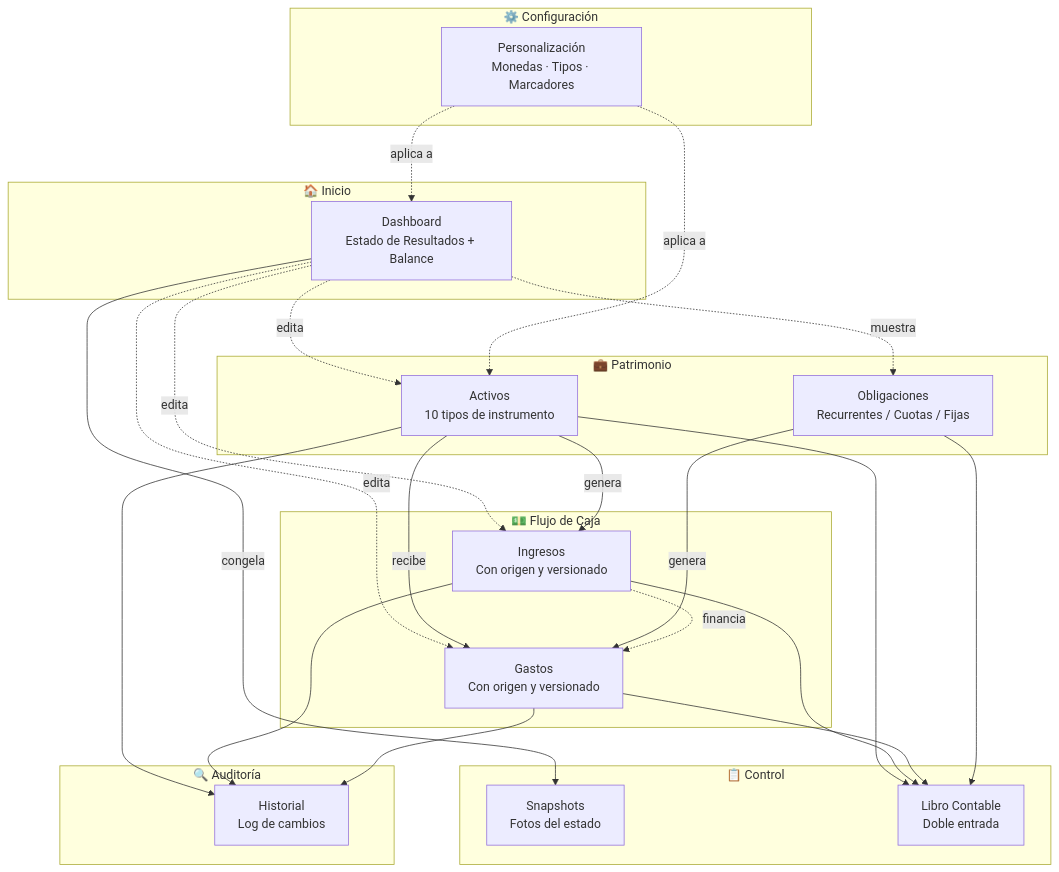
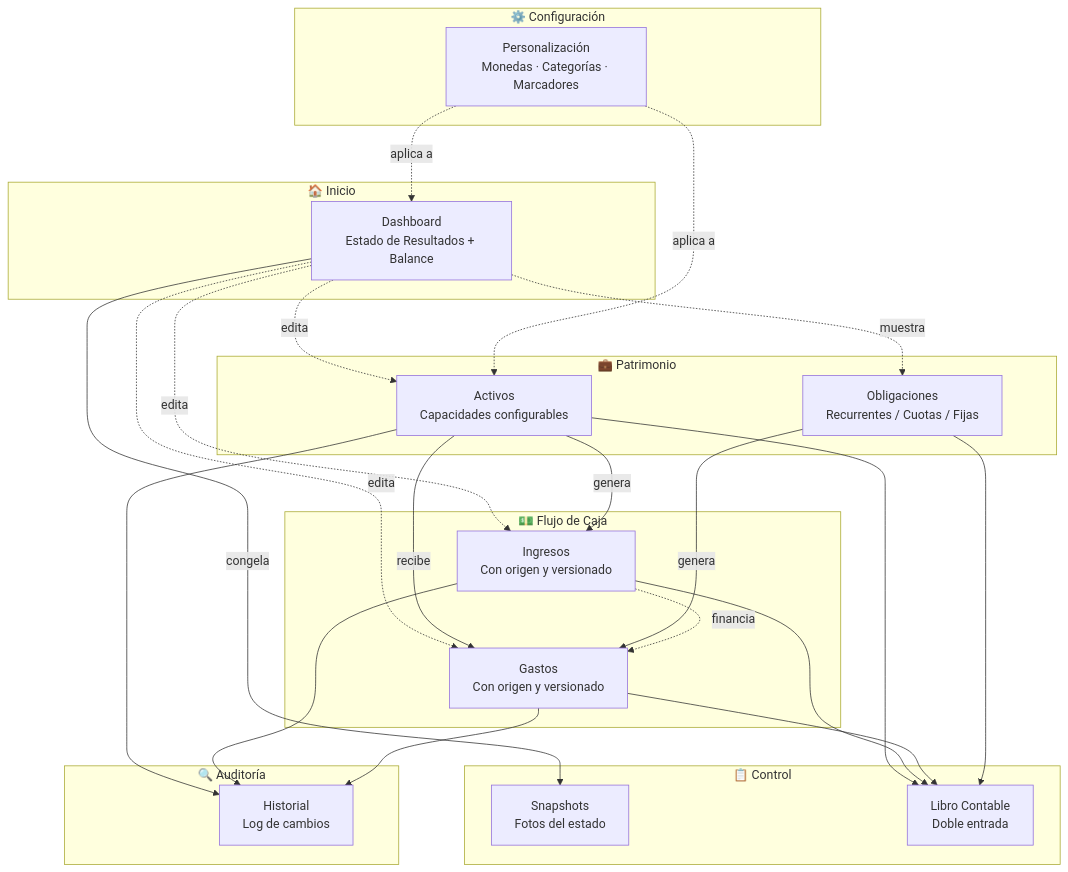
Before and after one commit to AbelAngelOk/DashboardCashFlow: the first of 18 diagrams in docs/10-Producto.md, drawn with Mermaid. The commit also changed other lines of this file and 49 other files, not shown here.

````diff
--- a/docs/10-Producto.md
+++ b/docs/10-Producto.md
@@ -57,52 +57,52 @@
 ```mermaid
 flowchart TB
     subgraph INICIO["🏠 Inicio"]
         DASH["Dashboard<br/>Estado de Resultados + Balance"]
     end
 
     subgraph PAT["💼 Patrimonio"]
-        ACT["Activos<br/>10 tipos de instrumento"]
+        ACT["Activos<br/>Capacidades configurables"]
         OBL["Obligaciones<br/>Recurrentes / Cuotas / Fijas"]
     end
 
     subgraph FLUJO["💵 Flujo de Caja"]
         ING["Ingresos<br/>Con origen y versionado"]
         GAS["Gastos<br/>Con origen y versionado"]
     end
 
     subgraph CTRL["📋 Control"]
         SNAP["Snapshots<br/>Fotos del estado"]
         LIB["Libro Contable<br/>Doble entrada"]
     end
 
     subgraph AUD["🔍 Auditoría"]
         HIST["Historial<br/>Log de cambios"]
     end
 
     subgraph CONF["⚙️ Configuración"]
-        SET["Personalización<br/>Monedas · Tipos · Marcadores"]
+        SET["Personalización<br/>Monedas · Categorías · Marcadores"]
     end
 
     DASH -.->|edita| ACT
     DASH -.->|edita| ING
     DASH -.->|edita| GAS
     DASH -.->|muestra| OBL
     DASH -->|congela| SNAP
 
     ACT -->|genera| ING
     ACT -->|recibe| GAS
     OBL -->|genera| GAS
     ING -.->|financia| GAS
 
     ACT --> LIB
     ING --> LIB
     GAS --> LIB
     OBL --> LIB
 
     ACT --> HIST
     ING --> HIST
     GAS --> HIST
 
     SET -.->|aplica a| DASH
     SET -.->|aplica a| ACT
 ```
````
